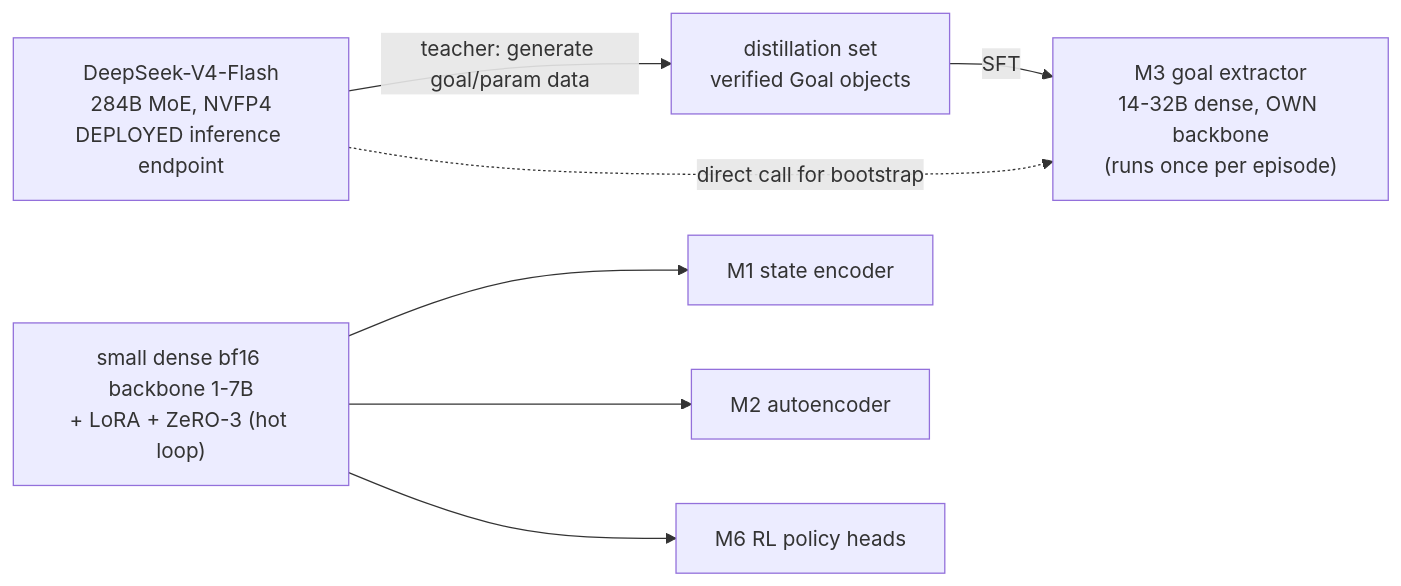
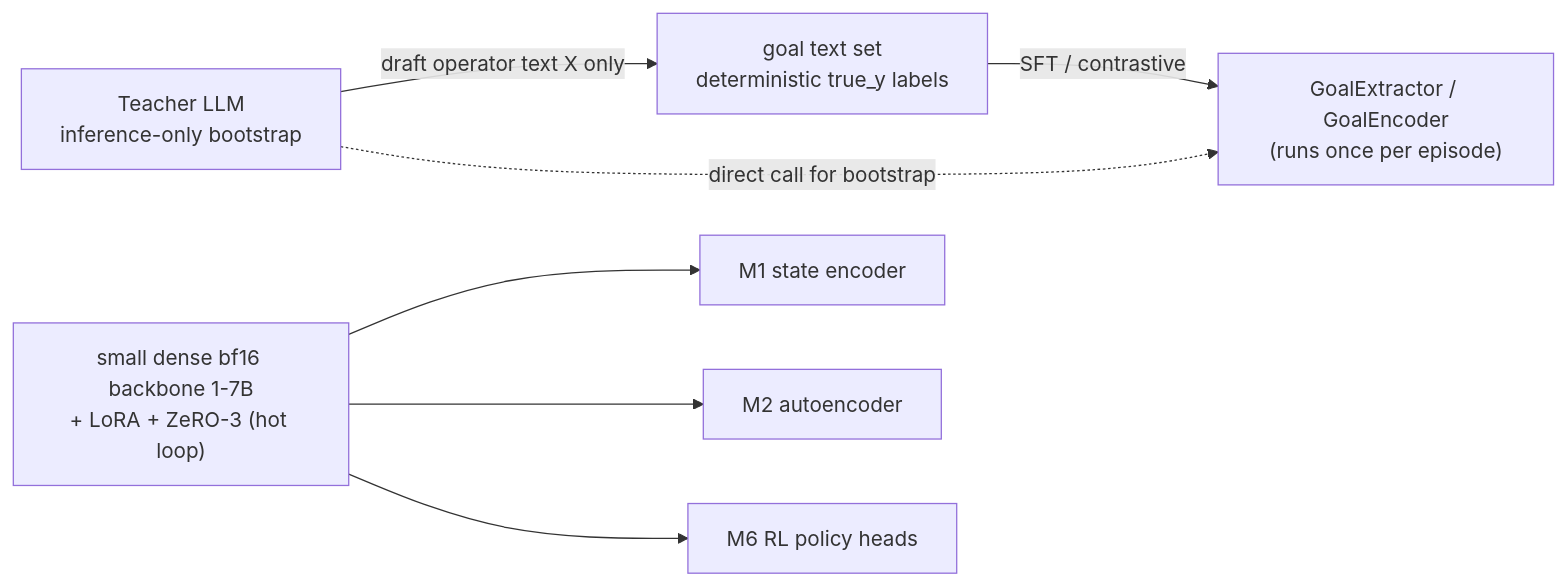
One commit to spyroot/igc changed the seventh of 8 diagrams in docs/ARCHITECTURE.md. Above: the diagram before and after it, drawn with Mermaid. The commit also changed other lines of this file and 32 other files, not shown here.

````diff
--- a/docs/ARCHITECTURE.md
+++ b/docs/ARCHITECTURE.md
@@ -501,11 +504,11 @@
 ```mermaid
 flowchart LR
-    DS["DeepSeek-V4-Flash<br/>284B MoE, NVFP4<br/>DEPLOYED inference endpoint"]
-    DS -->|teacher: generate goal/param data| DISTILL["distillation set<br/>verified Goal objects"]
-    DISTILL -->|SFT| M3B["M3 goal extractor<br/>14-32B dense, OWN backbone<br/>(runs once per episode)"]
+    DS["Teacher LLM<br/>inference-only bootstrap"]
+    DS -->|draft operator text X only| DISTILL["goal text set<br/>deterministic true_y labels"]
+    DISTILL -->|SFT / contrastive| GEB["GoalExtractor / GoalEncoder<br/>(runs once per episode)"]
     SMALL["small dense bf16 backbone 1-7B<br/>+ LoRA + ZeRO-3 (hot loop)"]
     SMALL --> M1["M1 state encoder"]
     SMALL --> M2["M2 autoencoder"]
     SMALL --> M6["M6 RL policy heads"]
-    DS -.->|direct call for bootstrap| M3B
+    DS -.->|direct call for bootstrap| GEB
 ```
````
